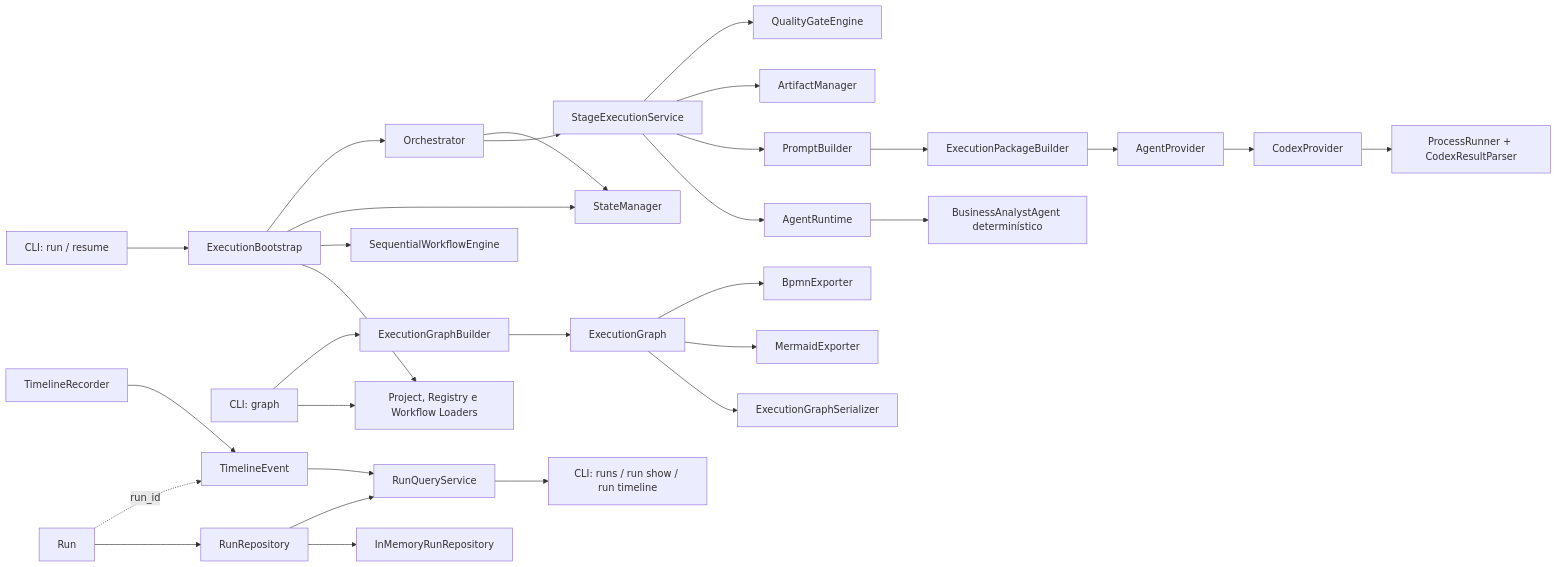
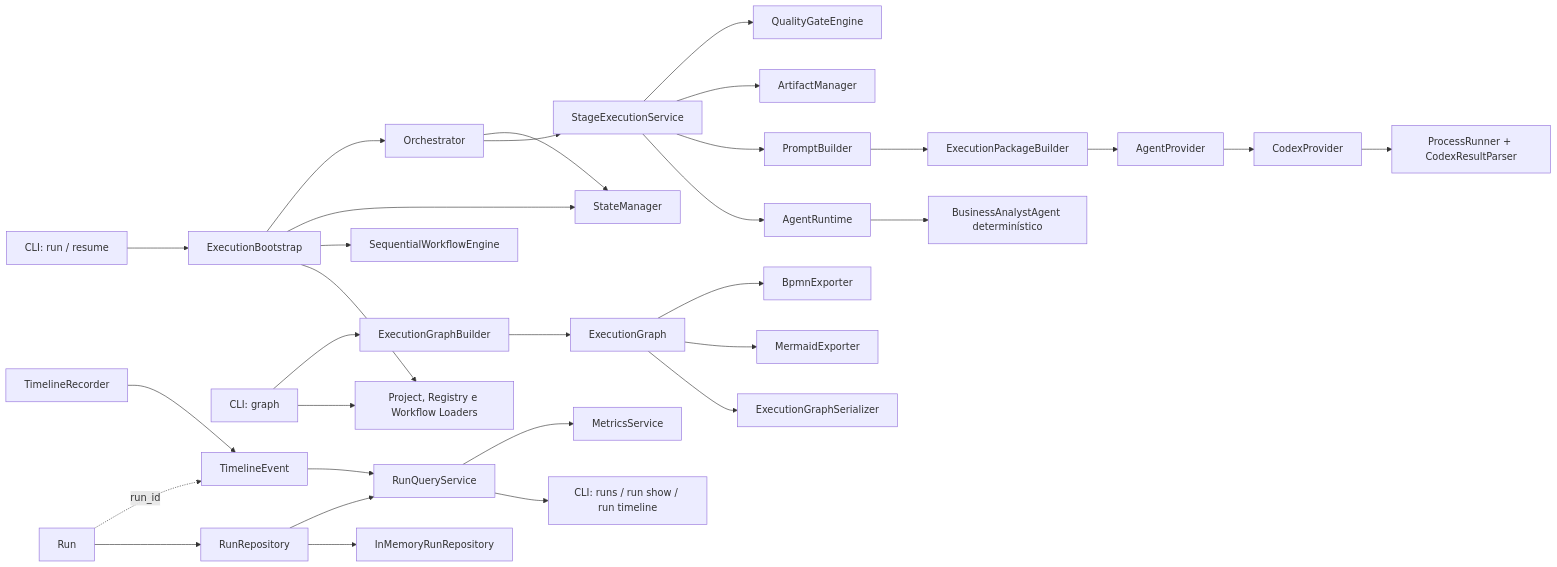
Before and after one commit to paul-92/fabrica-de-software: the diagram in docs/architecture/ASEP-Architecture-v1.md, drawn with Mermaid. The commit also changed other lines of this file and 7 other files, not shown here.

Commit message:
feat: add execution metrics service

````diff
--- a/docs/architecture/ASEP-Architecture-v1.md
+++ b/docs/architecture/ASEP-Architecture-v1.md
@@ -36,33 +36,34 @@
 ```mermaid
 flowchart LR
     CLI["CLI: run / resume"] --> BOOT["ExecutionBootstrap"]
     BOOT --> LOADERS["Project, Registry e Workflow Loaders"]
     BOOT --> ENGINE["SequentialWorkflowEngine"]
     BOOT --> STATE["StateManager"]
     BOOT --> ORCH["Orchestrator"]
     ORCH --> STAGE["StageExecutionService"]
     STAGE --> RUNTIME["AgentRuntime"]
     RUNTIME --> BA["BusinessAnalystAgent determinístico"]
     STAGE --> PROMPT["PromptBuilder"]
     PROMPT --> PACKAGE["ExecutionPackageBuilder"]
     PACKAGE --> PORT["AgentProvider"]
     PORT --> CODEX["CodexProvider"]
     CODEX --> PROCESS["ProcessRunner + CodexResultParser"]
     STAGE --> ARTIFACT["ArtifactManager"]
     STAGE --> GATE["QualityGateEngine"]
     ORCH --> STATE
 
     GRAPHCLI["CLI: graph"] --> LOADERS
     GRAPHCLI --> GB["ExecutionGraphBuilder"]
     GB --> GRAPH["ExecutionGraph"]
     GRAPH --> JSON["ExecutionGraphSerializer"]
     GRAPH --> MERMAID["MermaidExporter"]
     GRAPH --> BPMN["BpmnExporter"]
     RUNMODEL["Run"] --> RUNREPO["RunRepository"]
     RUNREPO --> MEMORY["InMemoryRunRepository"]
     RUNMODEL -. run_id .-> TIMELINE["TimelineEvent"]
     RECORDER["TimelineRecorder"] --> TIMELINE
     RUNREPO --> QUERY["RunQueryService"]
     TIMELINE --> QUERY
     QUERY --> HISTORY["CLI: runs / run show / run timeline"]
+    QUERY --> METRICS["MetricsService"]
 ```
````
